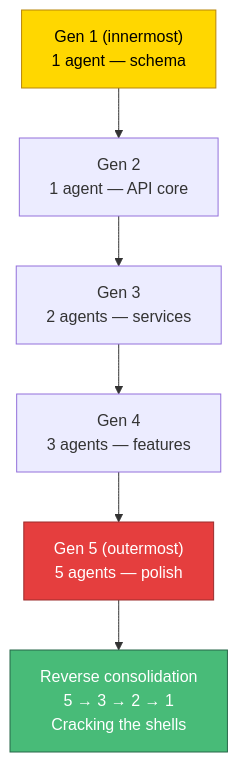
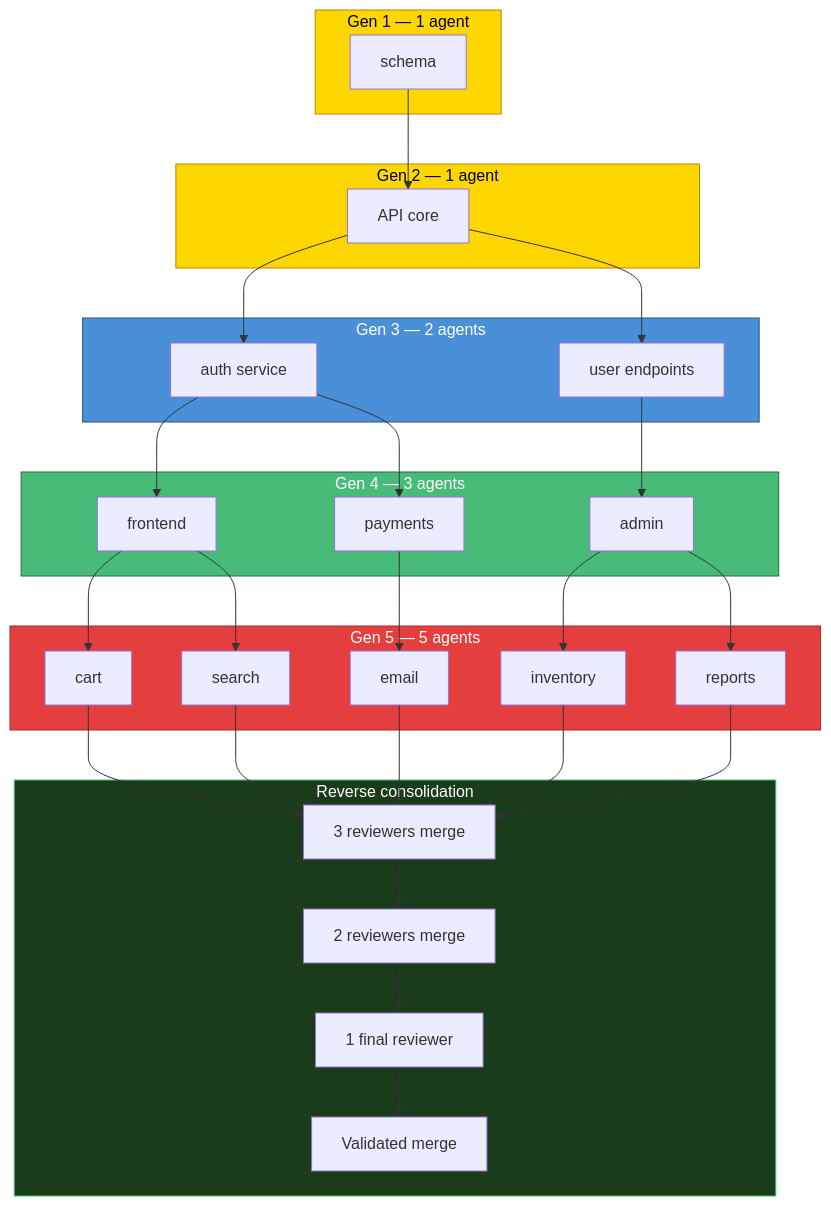
One commit to fsocietydisobey/genesis changed the fifth of 9 diagrams in docs/genesis-story.md. Above: the diagram before and after it, drawn with Mermaid. The commit also changed 13 other files, not shown here.

First line of the commit message:
complete Kabbalistic rename: all identifiers, tools, db files, diagrams

````diff
--- a/docs/genesis-story.md
+++ b/docs/genesis-story.md
@@ -222,13 +222,62 @@
 ```mermaid
 flowchart TB
-    G1["Gen 1 (innermost)<br/>1 agent — schema"] --> G2["Gen 2<br/>1 agent — API core"]
-    G2 --> G3["Gen 3<br/>2 agents — services"]
-    G3 --> G4["Gen 4<br/>3 agents — features"]
-    G4 --> G5["Gen 5 (outermost)<br/>5 agents — polish"]
+    subgraph G1["Gen 1 — 1 agent"]
+        W1["schema"]
+    end
 
-    G5 --> C["Reverse consolidation<br/>5 → 3 → 2 → 1<br/>Cracking the shells"]
+    subgraph G2["Gen 2 — 1 agent"]
+        W2["API core"]
+    end
+
+    subgraph G3["Gen 3 — 2 agents"]
+        W3a["auth service"]
+        W3b["user endpoints"]
+    end
+
+    subgraph G4["Gen 4 — 3 agents"]
+        W4a["frontend"]
+        W4b["payments"]
+        W4c["admin"]
+    end
+
+    subgraph G5["Gen 5 — 5 agents"]
+        W5a["cart"]
+        W5b["search"]
+        W5c["email"]
+        W5d["inventory"]
+        W5e["reports"]
+    end
+
+    W1 --> W2
+    W2 --> W3a
+    W2 --> W3b
+    W3a --> W4a
+    W3a --> W4b
+    W3b --> W4c
+    W4a --> W5a
+    W4a --> W5b
+    W4b --> W5c
+    W4c --> W5d
+    W4c --> W5e
+
+    subgraph Consolidation["Reverse consolidation"]
+        R3["3 reviewers merge"]
+        R2["2 reviewers merge"]
+        R1["1 final reviewer"]
+        R1 --> Done["Validated merge"]
+    end
+
+    W5a --> R3
+    W5b --> R3
+    W5c --> R3
+    W5d --> R3
+    W5e --> R3
+    R3 --> R2 --> R1
 
     style G1 fill:#ffd700,stroke:#b8860b,color:#000
+    style G2 fill:#ffd700,stroke:#b8860b,color:#000
+    style G3 fill:#4a90d9,stroke:#2c5282,color:#fff
+    style G4 fill:#48bb78,stroke:#276749,color:#fff
     style G5 fill:#e53e3e,stroke:#9b2c2c,color:#fff
-    style C fill:#48bb78,stroke:#276749,color:#fff
+    style Consolidation fill:#1a3c1a,stroke:#48bb78,color:#fff
 ```
````
